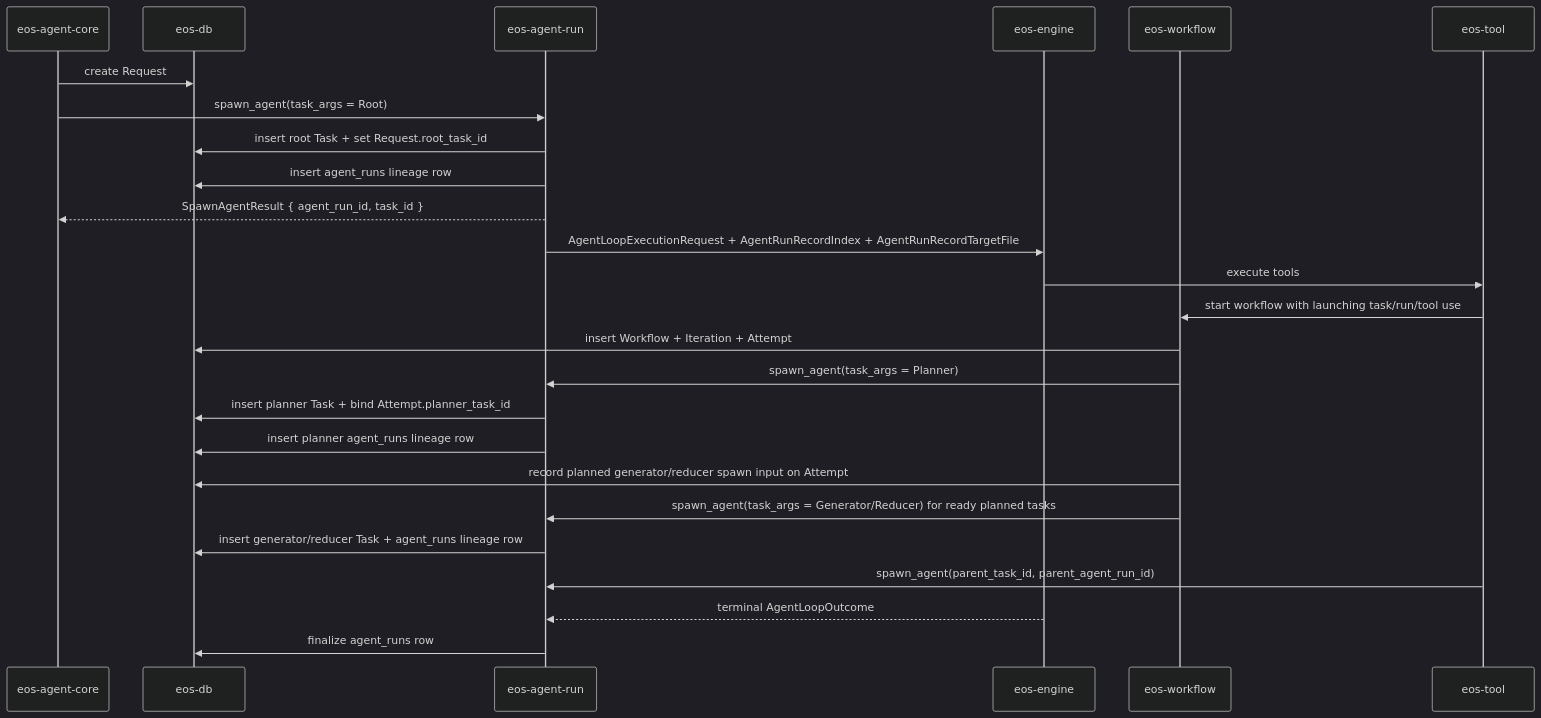
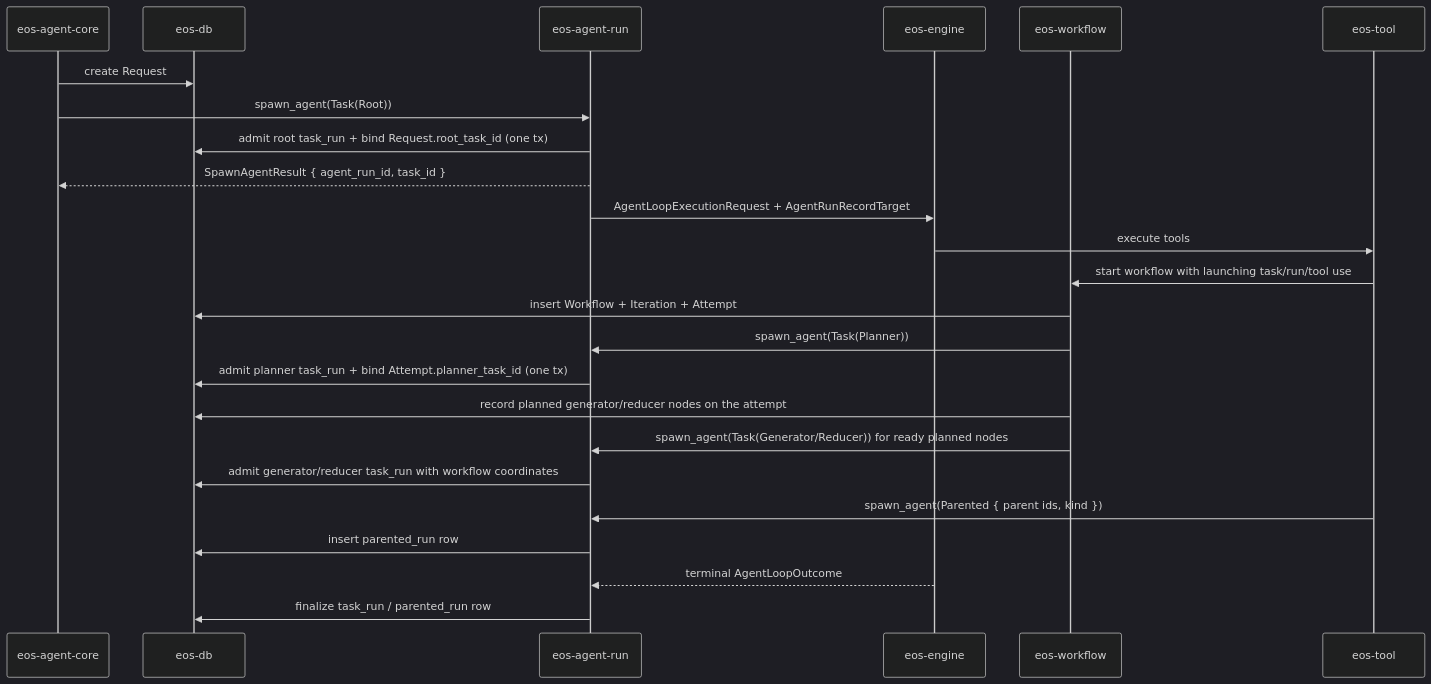
The second of 2 diagrams in docs/plans/agent-core-workspace-architecture-rules/phase-03b-execution-lineage-materialization_SPEC.md (Ephemeral-AI-Lab/ephemeral-os), drawn with Mermaid (dark theme) before and after one commit. The commit also changed other lines of this file and 228 other files, not shown here.

````diff
--- a/docs/plans/agent-core-workspace-architecture-rules/phase-03b-execution-lineage-materialization_SPEC.md
+++ b/docs/plans/agent-core-workspace-architecture-rules/phase-03b-execution-lineage-materialization_SPEC.md
@@ -211,28 +267,27 @@
 ```mermaid
 sequenceDiagram
     participant Core as eos-agent-core
     participant Db as eos-db
     participant Run as eos-agent-run
     participant Engine as eos-engine
     participant Workflow as eos-workflow
     participant Tool as eos-tool
 
     Core->>Db: create Request
-    Core->>Run: spawn_agent(task_args = Root)
-    Run->>Db: insert root Task + set Request.root_task_id
-    Run->>Db: insert agent_runs lineage row
+    Core->>Run: spawn_agent(Task(Root))
+    Run->>Db: admit root task_run + bind Request.root_task_id (one tx)
     Run-->>Core: SpawnAgentResult { agent_run_id, task_id }
-    Run->>Engine: AgentLoopExecutionRequest + AgentRunRecordIndex + AgentRunRecordTargetFile
+    Run->>Engine: AgentLoopExecutionRequest + AgentRunRecordTarget
     Engine->>Tool: execute tools
     Tool->>Workflow: start workflow with launching task/run/tool use
     Workflow->>Db: insert Workflow + Iteration + Attempt
-    Workflow->>Run: spawn_agent(task_args = Planner)
-    Run->>Db: insert planner Task + bind Attempt.planner_task_id
-    Run->>Db: insert planner agent_runs lineage row
-    Workflow->>Db: record planned generator/reducer spawn input on Attempt
-    Workflow->>Run: spawn_agent(task_args = Generator/Reducer) for ready planned tasks
-    Run->>Db: insert generator/reducer Task + agent_runs lineage row
-    Tool->>Run: spawn_agent(parent_task_id, parent_agent_run_id)
+    Workflow->>Run: spawn_agent(Task(Planner))
+    Run->>Db: admit planner task_run + bind Attempt.planner_task_id (one tx)
+    Workflow->>Db: record planned generator/reducer nodes on the attempt
+    Workflow->>Run: spawn_agent(Task(Generator/Reducer)) for ready planned nodes
+    Run->>Db: admit generator/reducer task_run with workflow coordinates
+    Tool->>Run: spawn_agent(Parented { parent ids, kind })
+    Run->>Db: insert parented_run row
     Engine-->>Run: terminal AgentLoopOutcome
-    Run->>Db: finalize agent_runs row
+    Run->>Db: finalize task_run / parented_run row
 ```
````
